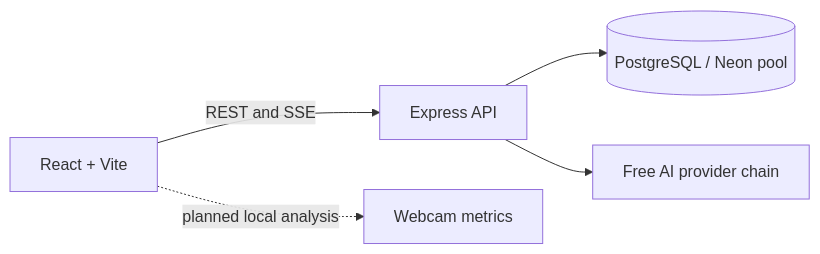
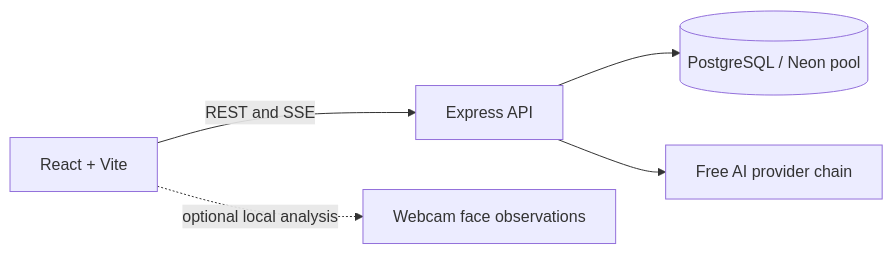
The first of 4 diagrams in docs/ARCHITECTURE.md (paraggupta007/SkillZen---Skill-and-Improvement), drawn with Mermaid before and after one commit. The commit also changed other lines of this file and 32 other files, not shown here.

Commit message:
feat: add optional local camera observations

````diff
--- a/docs/ARCHITECTURE.md
+++ b/docs/ARCHITECTURE.md
@@ -7,7 +7,7 @@
 ```mermaid
 flowchart LR
   Browser[React + Vite] -->|REST and SSE| API[Express API]
   API --> DB[(PostgreSQL / Neon pool)]
   API --> AI[Free AI provider chain]
-  Browser -. planned local analysis .-> Camera[Webcam metrics]
+  Browser -. optional local analysis .-> Camera[Webcam face observations]
 ```
````
